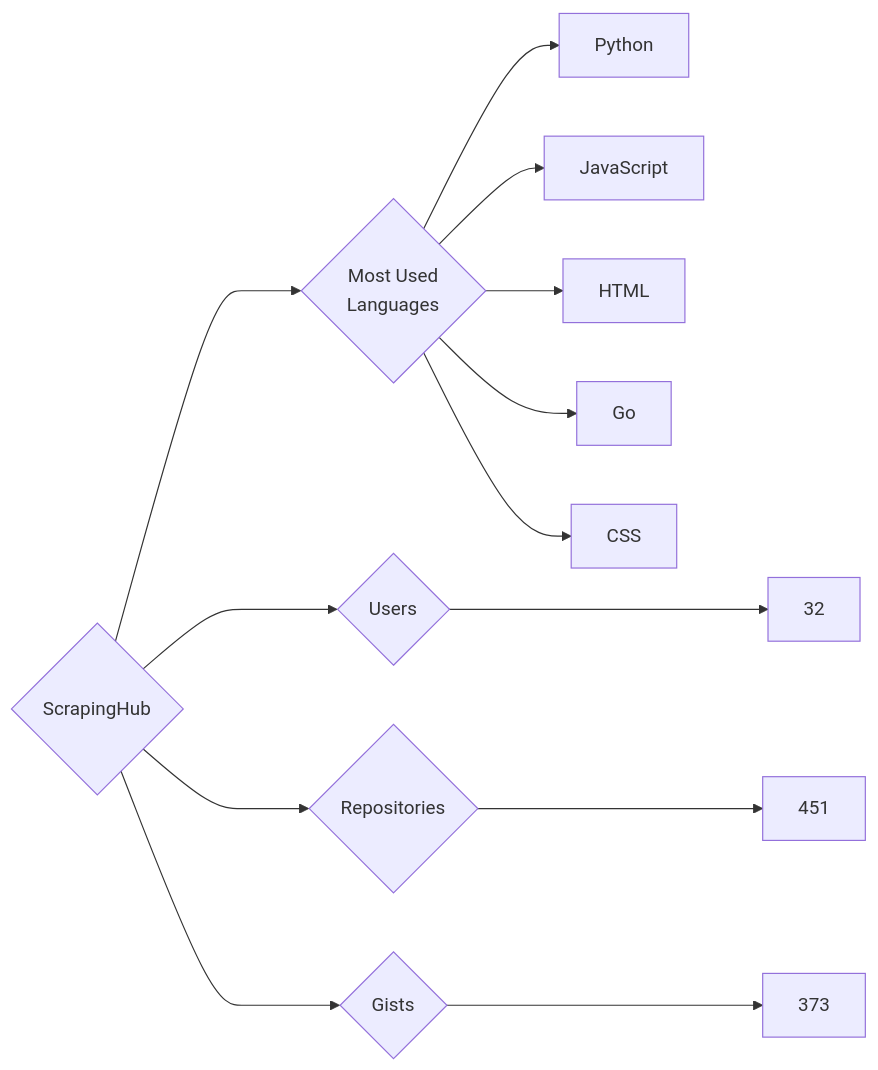
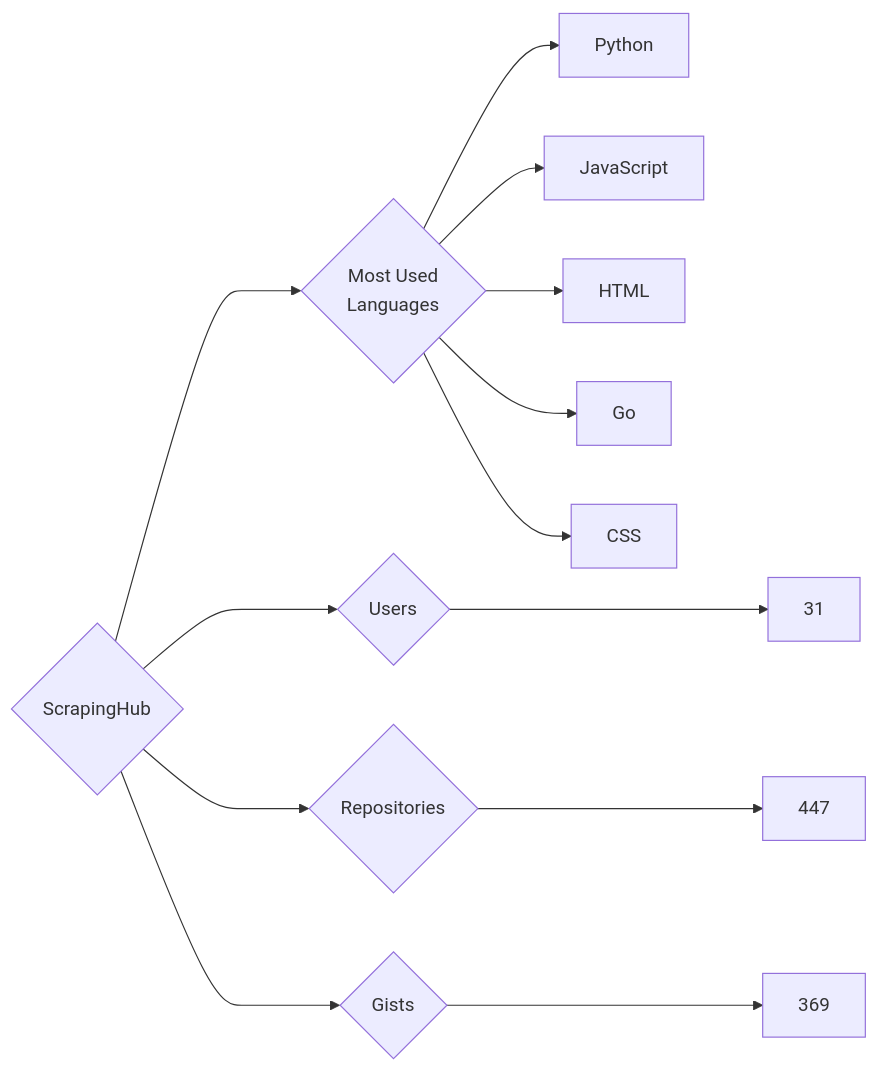
One commit to trickest/insiders changed the diagram in targets/ScrapingHub/README.md. Above: the diagram before and after it, drawn with Mermaid. The commit also changed 806 other files, not shown here.

````diff
--- a/targets/ScrapingHub/README.md
+++ b/targets/ScrapingHub/README.md
@@ -3,13 +3,13 @@
 ```mermaid
 graph LR
 COMPANY_NAME{ScrapingHub}
-COMPANY_NAME ---> U{Users} ---> UN[32]
-COMPANY_NAME ---> R{Repositories} ---> RN[451]
-COMPANY_NAME ---> G{Gists} ---> GN[373]
+COMPANY_NAME ---> U{Users} ---> UN[31]
+COMPANY_NAME ---> R{Repositories} ---> RN[447]
+COMPANY_NAME ---> G{Gists} ---> GN[369]
 COMPANY_NAME ---> ML{Most Used<br>Languages}
 ML --> Python[Python]
 ML --> JavaScript[JavaScript]
 ML --> HTML[HTML]
 ML --> Go[Go]
 ML --> CSS[CSS]
 ```
````
